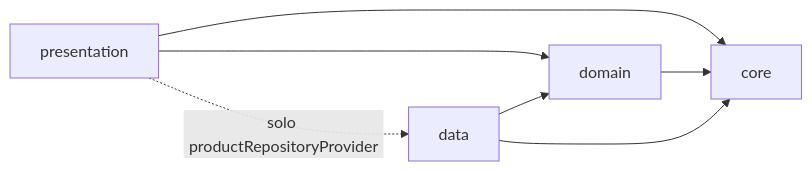
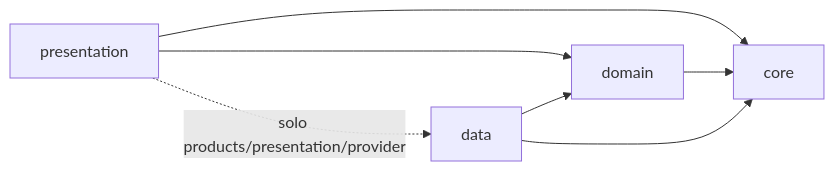
One commit to LR56c/gmariposa_practice changed the first of 4 diagrams in _bmad-output/planning-artifacts/architecture/architecture-gmariposa_practice-2026-10-06/ARCHITECTURE-SPINE.md. Above: the diagram before and after it, drawn with Mermaid. The commit also changed other lines of this file, not shown here.

Commit message:
docs(repo): update AD-2/AD-3 for DioProductData and provider location

````diff
--- a/_bmad-output/planning-artifacts/architecture/architecture-gmariposa_practice-2026-10-06/ARCHITECTURE-SPINE.md
+++ b/_bmad-output/planning-artifacts/architecture/architecture-gmariposa_practice-2026-10-06/ARCHITECTURE-SPINE.md
@@ -47,9 +47,9 @@
 ```mermaid
 flowchart LR
   P[presentation] --> D[domain]
   DA[data] --> D
   P --> C[core]
   D --> C
   DA --> C
-  P -. "solo productRepositoryProvider" .-> DA
+  P -. "solo products/presentation/provider" .-> DA
 ```
````
